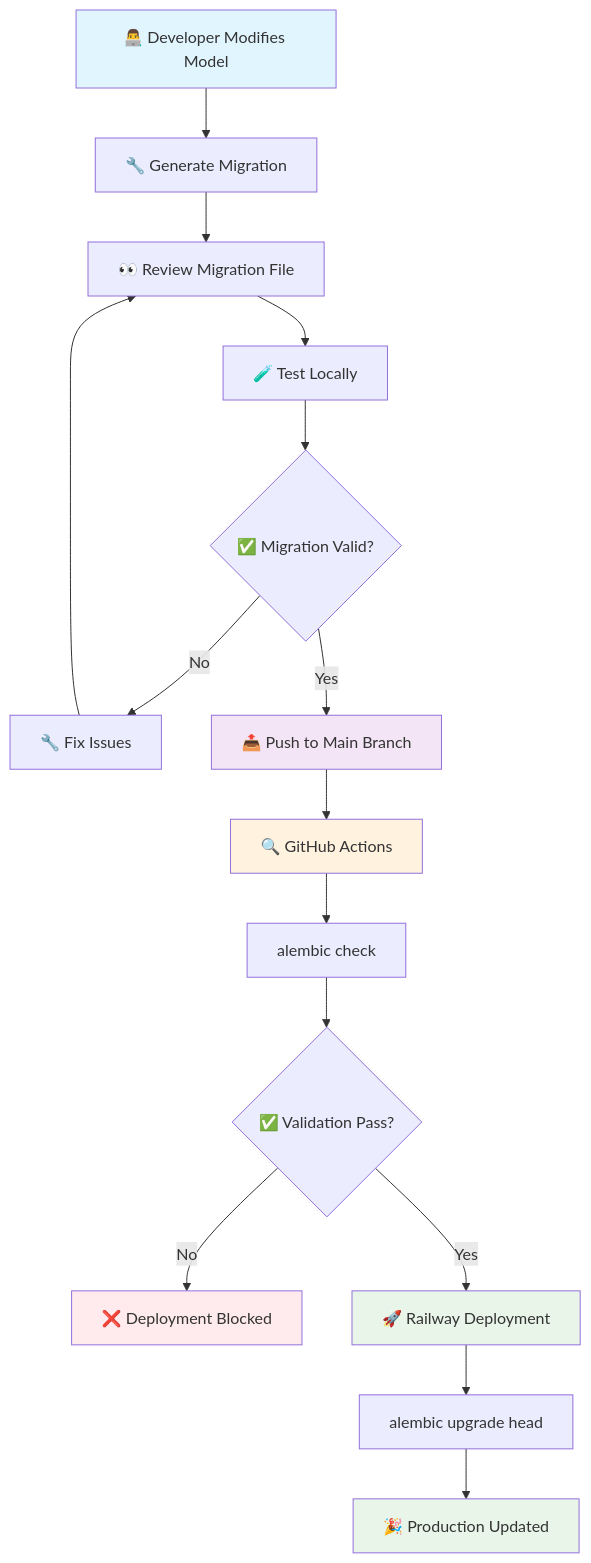
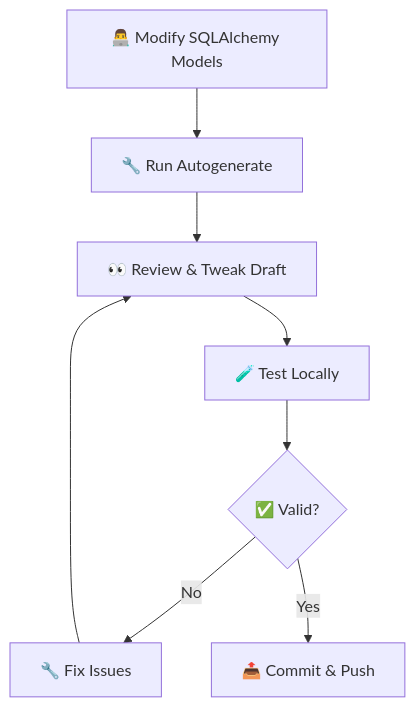
Before and after one commit to mariobrusarosco/better-call-buffet: the diagram in docs/database-migration-workflow.md, drawn with Mermaid. The commit also changed other lines of this file and 7 other files, not shown here.

````diff
--- a/docs/database-migration-workflow.md
+++ b/docs/database-migration-workflow.md
@@ -11,26 +13,10 @@
 ```mermaid
 graph TD
-    A[👨‍💻 Developer Modifies Model] --> B[🔧 Generate Migration]
-    B --> C[👀 Review Migration File]
+    A[👨‍💻 Modify SQLAlchemy Models] --> B[🔧 Run Autogenerate]
+    B --> C[👀 Review & Tweak Draft]
     C --> D[🧪 Test Locally]
-    D --> E{✅ Migration Valid?}
+    D --> E{✅ Valid?}
     E -->|No| F[🔧 Fix Issues]
     F --> C
-    E -->|Yes| G[📤 Push to Main Branch]
-    
-    G --> H[🔍 GitHub Actions]
-    H --> I[alembic check]
-    I --> J{✅ Validation Pass?}
-    J -->|No| K[❌ Deployment Blocked]
-    J -->|Yes| L[🚀 Railway Deployment]
-    
-    L --> M[alembic upgrade head]
-    M --> N[🎉 Production Updated]
-    
-    style A fill:#e1f5fe
-    style G fill:#f3e5f5
-    style H fill:#fff3e0
-    style L fill:#e8f5e8
-    style N fill:#e8f5e8
-    style K fill:#ffebee
+    E -->|Yes| G[📤 Commit & Push]
 ```
````
